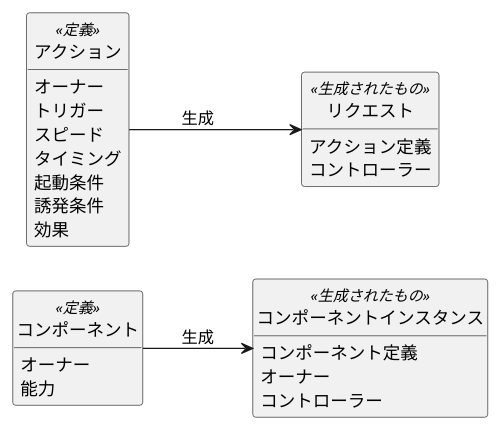
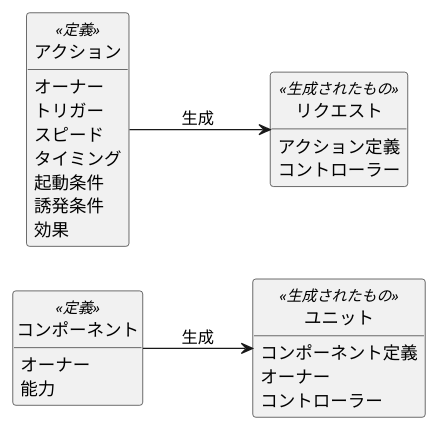
The diagram in source/core/core.rst (BlackPoker/BlackPoker), drawn with PlantUML before and after one commit. The commit also changed other lines of this file and 2 other files, not shown here.

Commit message:
[KAIZEN] コンポーネントインスタンス→ユニット Fixes #272

```diff
--- a/source/core/core.rst
+++ b/source/core/core.rst
@@ -365,38 +365,38 @@
 .. uml:: 
     :caption: コントローラー属性
     :scale: 50%
 
     left to right direction
 
     hide methods
     hide circle
 
     class コンポーネント<<定義>> {
         オーナー
         能力
     }
 
 
-    class コンポーネントインスタンス<<生成されたもの>> {
+    class ユニット<<生成されたもの>> {
         コンポーネント定義
         オーナー
         コントローラー
     }
 
     class アクション<<定義>> {
         オーナー
         トリガー
         スピード
         タイミング
         起動条件
         誘発条件
         効果
     }
 
     class リクエスト<<生成されたもの>> {
         アクション定義
         コントローラー
     }
 
     アクション --> リクエスト : 生成 
-    コンポーネント --> コンポーネントインスタンス : 生成 
+    コンポーネント --> ユニット : 生成 
```
